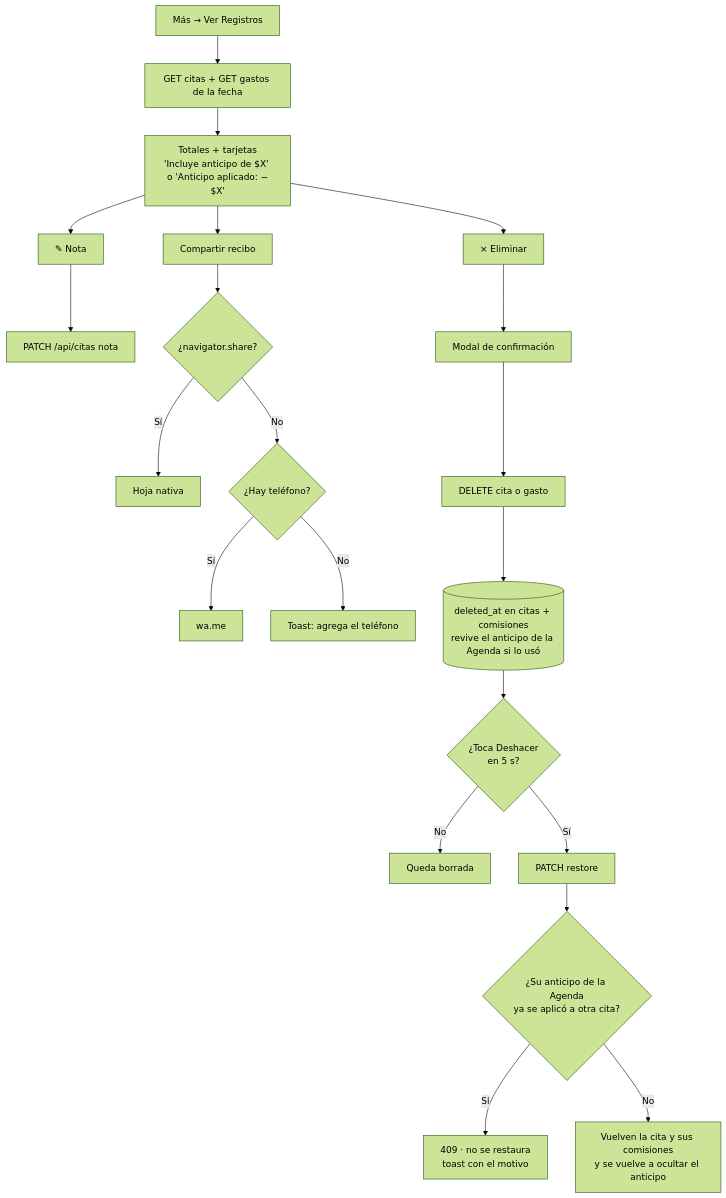
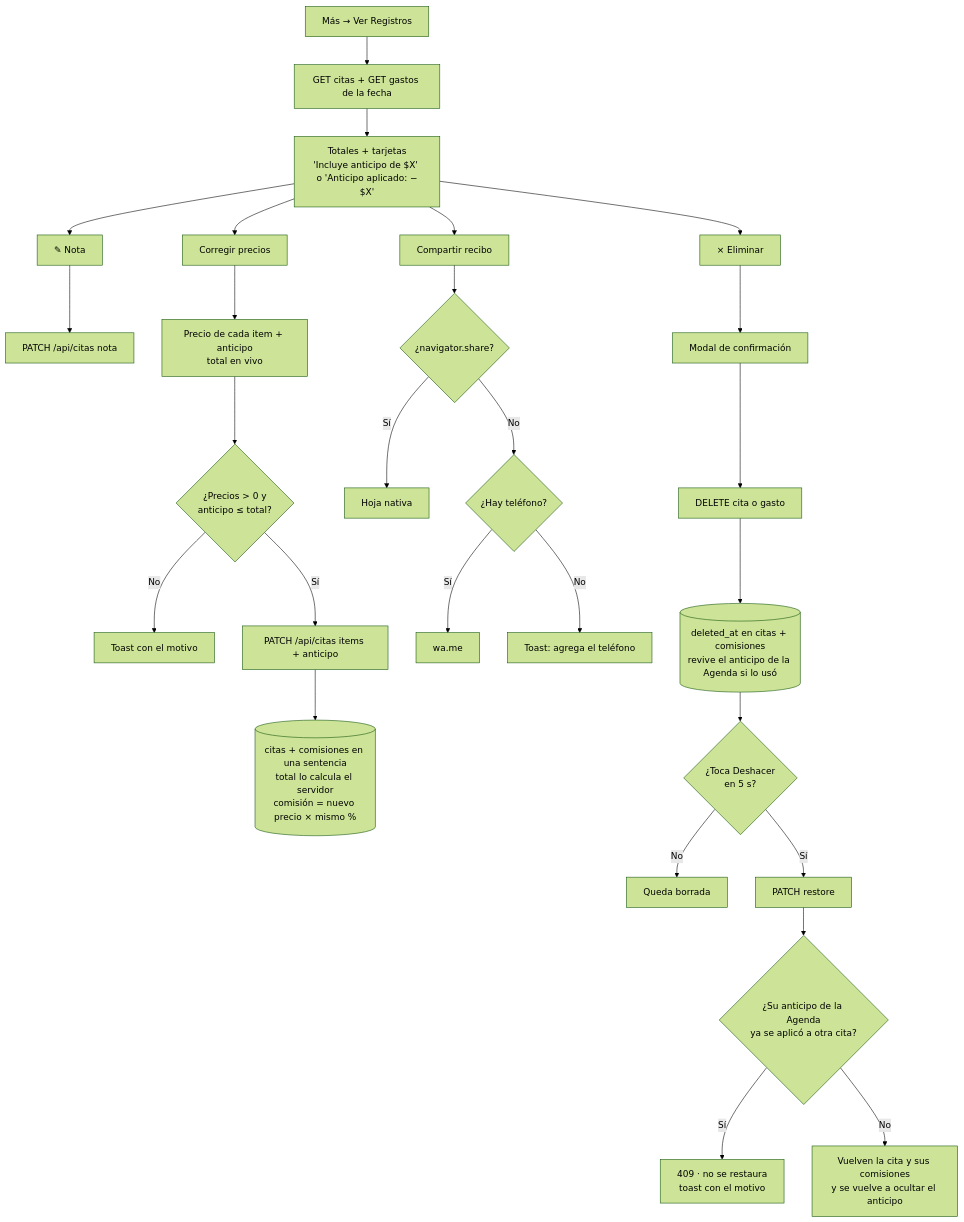
One commit to jesusangelsr12-dotcom/MarthaRdzApp changed the seventh of 12 diagrams in docs/AppFlow.md. Above: the diagram before and after it, drawn with Mermaid (forest theme). The commit also changed other lines of this file and 13 other files, not shown here.

First line of the commit message:
Ver Registros: corregir precios y anticipo de una cita (v50)

````diff
--- a/docs/AppFlow.md
+++ b/docs/AppFlow.md
@@ -215,19 +215,24 @@
 ```mermaid
 flowchart TD
   A[Más → Ver Registros] --> B[GET citas + GET gastos de la fecha]
   B --> C["Totales + tarjetas<br/>'Incluye anticipo de $X' o 'Anticipo aplicado: −$X'"]
   C --> D[✎ Nota] --> D1[PATCH /api/citas nota]
+  C --> G[Corregir precios] --> G1[Precio de cada item + anticipo<br/>total en vivo]
+  G1 --> G2{¿Precios > 0 y<br/>anticipo ≤ total?}
+  G2 -- No --> G3[Toast con el motivo]
+  G2 -- Sí --> G4[PATCH /api/citas items + anticipo]
+  G4 --> G5[(citas + comisiones en una sentencia<br/>total lo calcula el servidor<br/>comisión = nuevo precio × mismo %)]
   C --> E[Compartir recibo] --> E1{¿navigator.share?}
   E1 -- Sí --> E2[Hoja nativa]
   E1 -- No --> E3{¿Hay teléfono?}
   E3 -- Sí --> E4[wa.me]
   E3 -- No --> E5[Toast: agrega el teléfono]
   C --> F[× Eliminar] --> F1[Modal de confirmación] --> F2[DELETE cita o gasto]
   F2 --> F3[(deleted_at en citas + comisiones<br/>revive el anticipo de la Agenda si lo usó)]
   F3 --> F4{¿Toca Deshacer<br/>en 5 s?}
   F4 -- No --> F6[Queda borrada]
   F4 -- Sí --> F5[PATCH restore]
   F5 --> F7{¿Su anticipo de la Agenda<br/>ya se aplicó a otra cita?}
   F7 -- Sí --> F8["409 · no se restaura<br/>toast con el motivo"]
   F7 -- No --> F9[Vuelven la cita y sus comisiones<br/>y se vuelve a ocultar el anticipo]
 ```
````
